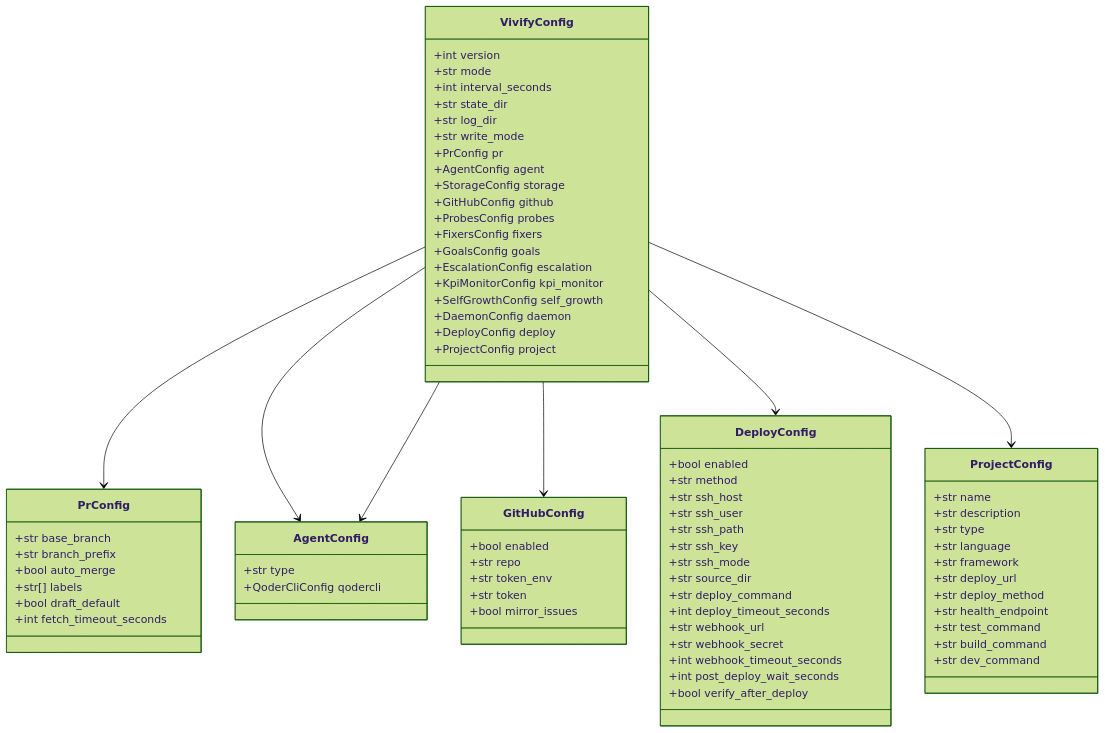
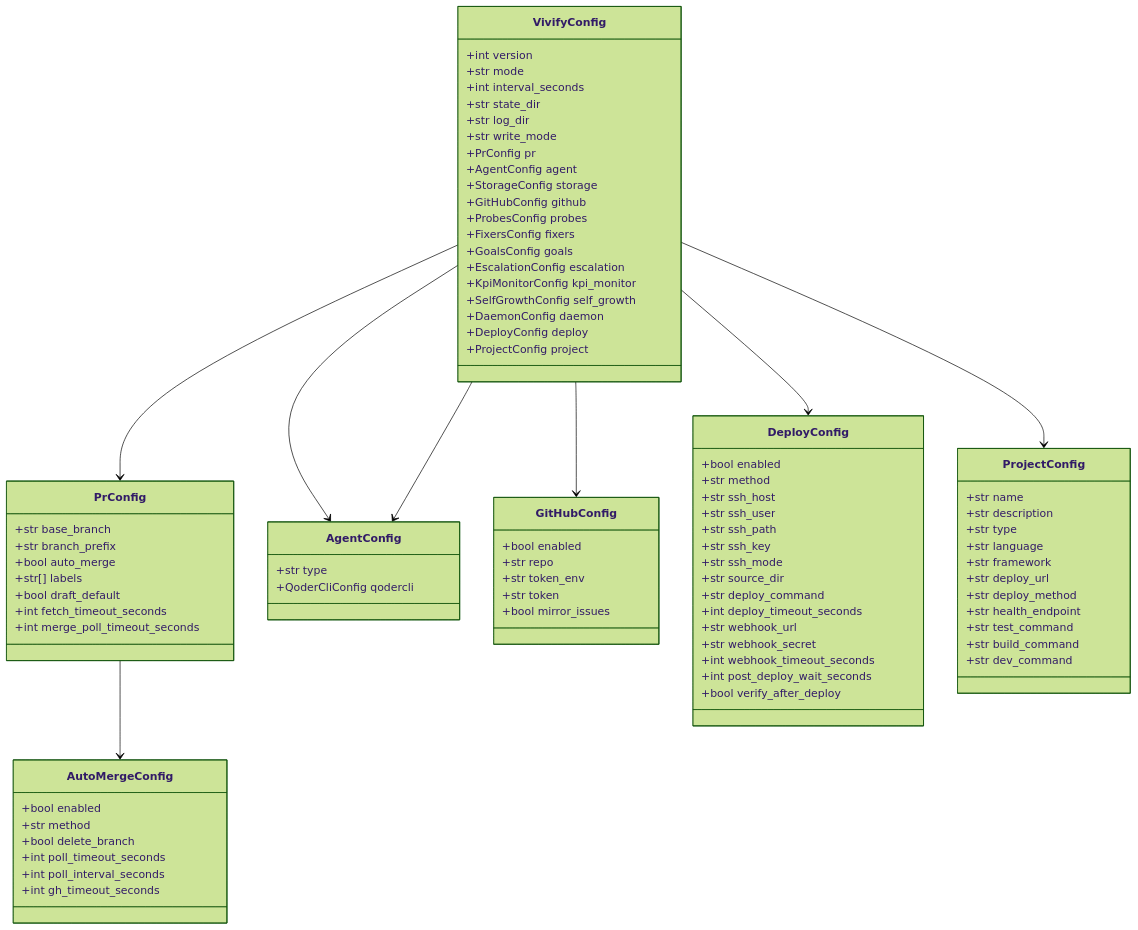
The third of 9 diagrams in .qoder/repowiki/zh/content/技术实现参考/配置文件更新/配置文件更新.md (pinsonchen/vivify), drawn with Mermaid (forest theme) before and after one commit. The commit also changed other lines of this file and 6 other files, not shown here.

First line of the commit message:
fix: resolve auto_merge worktree conflict and empty branch PR creation

````diff
--- a/.qoder/repowiki/zh/content/技术实现参考/配置文件更新/配置文件更新.md
+++ b/.qoder/repowiki/zh/content/技术实现参考/配置文件更新/配置文件更新.md
@@ -318,6 +326,7 @@
 +str[] labels
 +bool draft_default
 +int fetch_timeout_seconds
++int merge_poll_timeout_seconds
 }
 class AgentConfig {
 +str type
@@ -329,6 +338,14 @@
 +str token_env
 +str token
 +bool mirror_issues
+}
+class AutoMergeConfig {
++bool enabled
++str method
++bool delete_branch
++int poll_timeout_seconds
++int poll_interval_seconds
++int gh_timeout_seconds
 }
 class DeployConfig {
 +bool enabled
@@ -366,4 +383,5 @@
 VivifyConfig --> DeployConfig
 VivifyConfig --> ProjectConfig
 VivifyConfig --> AgentConfig
+PrConfig --> AutoMergeConfig
 ```
````
